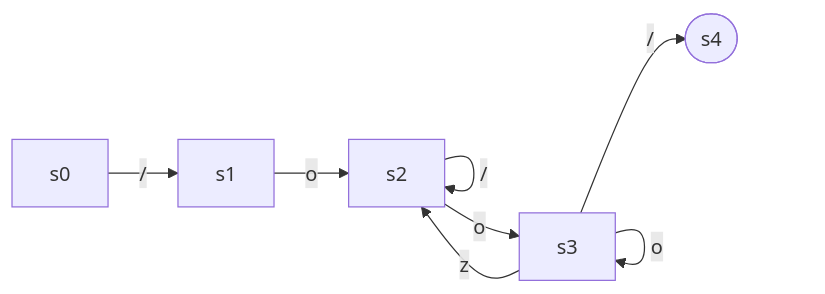
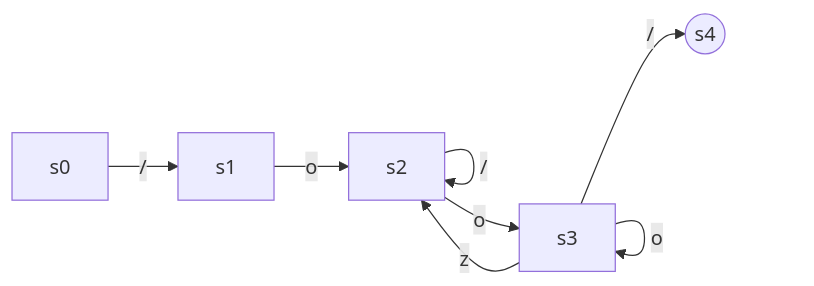
The fifth of 5 diagrams in _posts/2020-04-28-编译原理（二）.md (erennere/erennere.github.io), drawn with Mermaid before and after one commit. The commit also changed other lines of this file and 615 other files, not shown here.

````diff
--- a/_posts/2020-04-28-编译原理（二）.md
+++ b/_posts/2020-04-28-编译原理（二）.md
@@ -94,12 +93,12 @@
 ```mermaid
-flowchart LR
+graph LR
 s0--/-->s1
 s1--"o"-->s2
 s2--z-->s2
 s2--/-->s2
 s2--"o"-->s3
 s3--z-->s2
 s3--"o"-->s3
 s3--/-->s4
-s4([s4])
+s4((s4))
 ```
````
